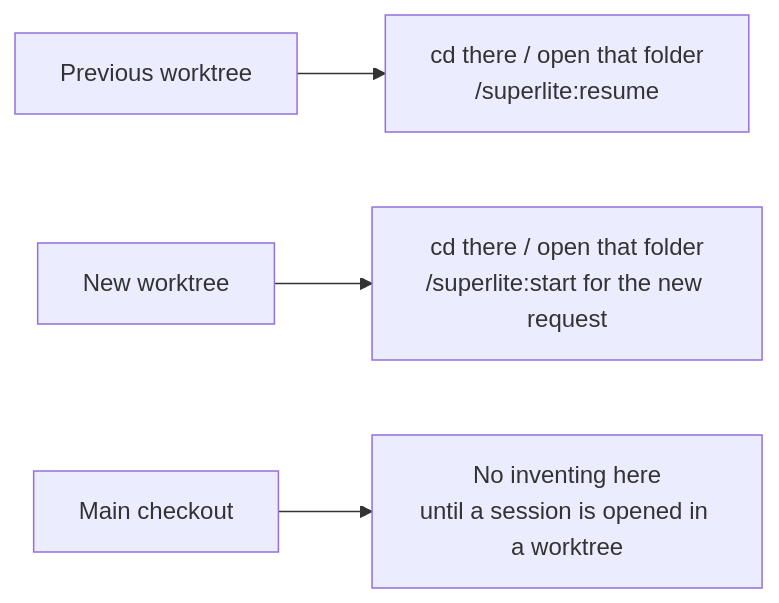
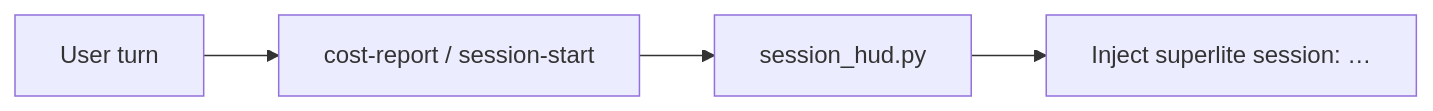
One commit to iha2/superlite changed the third of 3 diagrams in docs/sessions.md. Above: the diagram before and after it, drawn with Mermaid. The commit also changed other lines of this file and 9 other files, not shown here.

First line of the commit message:
Implement session create/use/discard, REDIRECT, and HUD

````diff
--- a/docs/sessions.md
+++ b/docs/sessions.md
@@ -139,6 +71,6 @@
 ```mermaid
 flowchart LR
-  prev[Previous worktree] --> resume["cd there / open that folder<br/>/superlite:resume"]
-  neu[New worktree] --> invent["cd there / open that folder<br/>/superlite:start for the new request"]
-  main[Main checkout] --> idle["No inventing here<br/>until a session is opened in a worktree"]
+  turn[User turn] --> hook[cost-report / session-start]
+  hook --> hud[session_hud.py]
+  hud --> line["Inject superlite session: …"]
 ```
````
